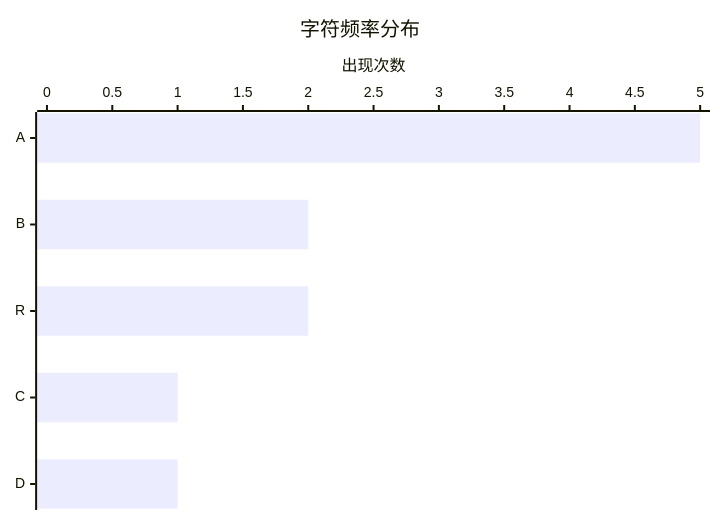
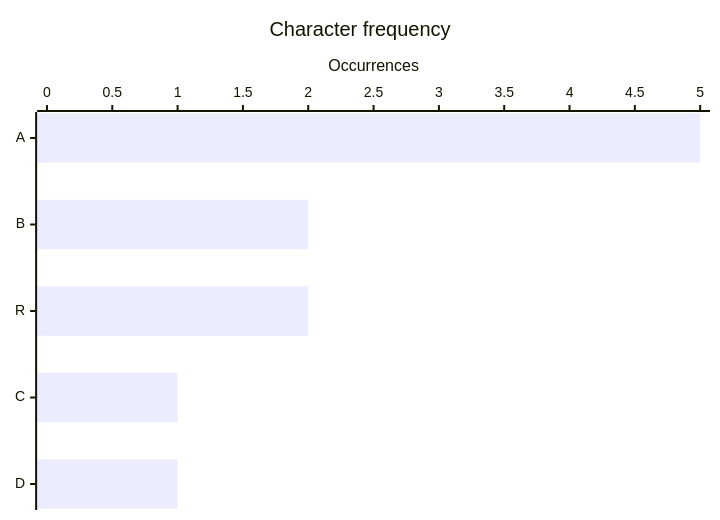
Before and after one commit to HONGLEI111/hhlblog-global: the diagram in docs/diagrams.md, drawn with Mermaid. The commit also changed other lines of this file and 7 other files, not shown here.

````diff
--- a/docs/diagrams.md
+++ b/docs/diagrams.md
@@ -60,7 +49,7 @@
    ```mermaid
    xychart-beta horizontal
-       title "字符频率分布"
+       title "Character frequency"
        x-axis [A, B, R, C, D]
-       y-axis "出现次数" 0 --> 5
+       y-axis "Occurrences" 0 --> 5
        bar [5, 2, 2, 1, 1]
    ```
````
